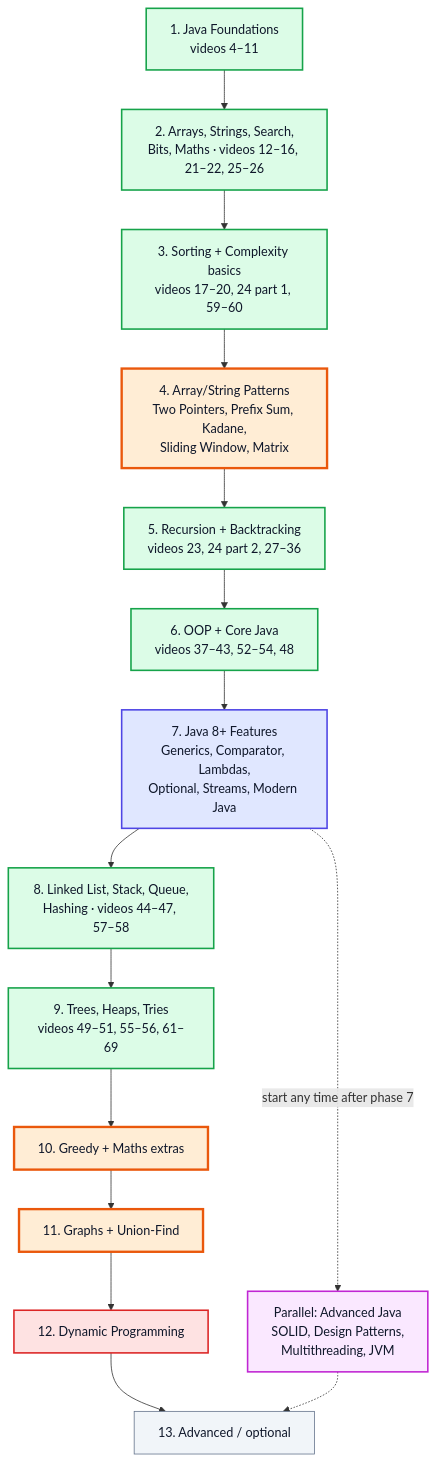
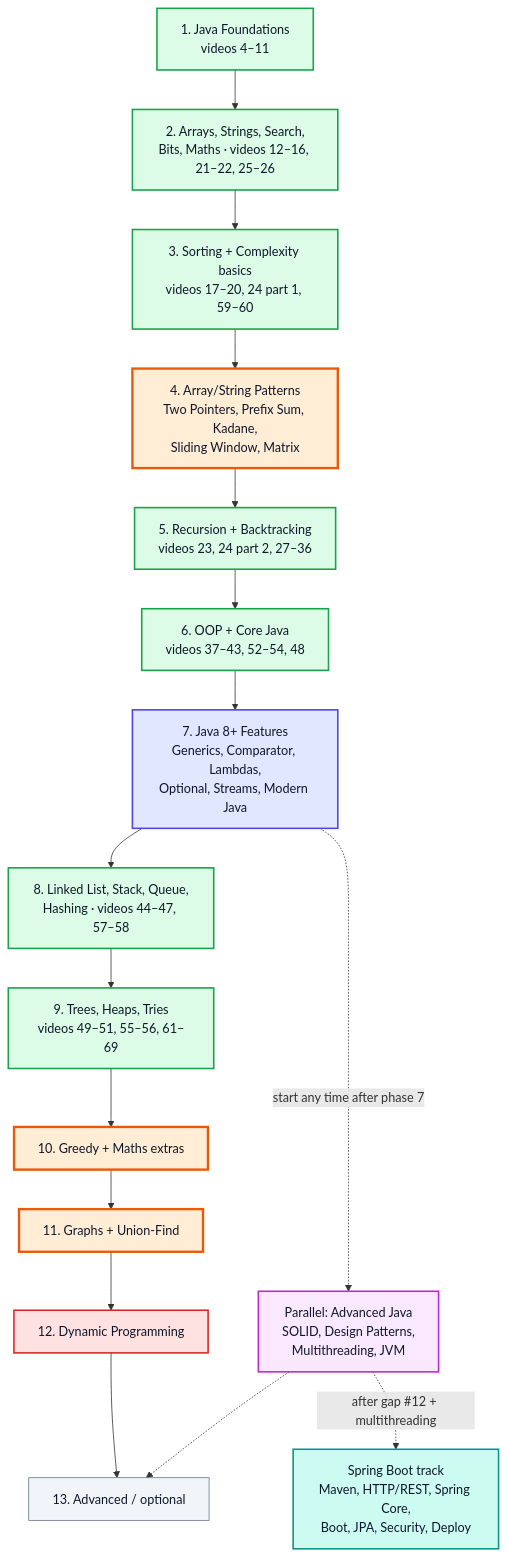
One commit to sarthakm10/Java_Notes_Kunal_DSA_PlayList changed the first of 3 diagrams in java_dsa_study_roadmap.md. Above: the diagram before and after it, drawn with Mermaid. The commit also changed other lines of this file and 658 other files, not shown here.

Commit message:
added SpringBoot

````diff
--- a/java_dsa_study_roadmap.md
+++ b/java_dsa_study_roadmap.md
@@ -44,23 +45,25 @@
 ```mermaid
 flowchart TD
     P1["1. Java Foundations<br/>videos 4–11"]:::good --> P2["2. Arrays, Strings, Search,<br/>Bits, Maths · videos 12–16, 21–22, 25–26"]:::good
     P2 --> P3["3. Sorting + Complexity basics<br/>videos 17–20, 24 part 1, 59–60"]:::good
     P3 --> P4["4. Array/String Patterns<br/>Two Pointers, Prefix Sum, Kadane,<br/>Sliding Window, Matrix"]:::highlight
     P4 --> P5["5. Recursion + Backtracking<br/>videos 23, 24 part 2, 27–36"]:::good
     P5 --> P6["6. OOP + Core Java<br/>videos 37–43, 52–54, 48"]:::good
     P6 --> P7["7. Java 8+ Features<br/>Generics, Comparator, Lambdas,<br/>Optional, Streams, Modern Java"]:::process
     P7 --> P8["8. Linked List, Stack, Queue,<br/>Hashing · videos 44–47, 57–58"]:::good
     P8 --> P9["9. Trees, Heaps, Tries<br/>videos 49–51, 55–56, 61–69"]:::good
     P9 --> P10["10. Greedy + Maths extras"]:::highlight
     P10 --> P11["11. Graphs + Union-Find"]:::highlight
     P11 --> P12["12. Dynamic Programming"]:::bad
     P12 --> P13["13. Advanced / optional"]:::muted
     P7 -.->|"start any time after phase 7"| PJ["Parallel: Advanced Java<br/>SOLID, Design Patterns,<br/>Multithreading, JVM"]:::io
     PJ -.-> P13
+    PJ -.->|"after gap #12 + multithreading"| PS["Spring Boot track<br/>Maven, HTTP/REST, Spring Core,<br/>Boot, JPA, Security, Deploy"]:::startend
+    classDef startend fill:#ccfbf1,stroke:#0d9488,stroke-width:2px,color:#0f172a
     classDef good fill:#dcfce7,stroke:#16a34a,stroke-width:2px,color:#0f172a
     classDef highlight fill:#ffedd5,stroke:#ea580c,stroke-width:3px,color:#0f172a
     classDef process fill:#e0e7ff,stroke:#4f46e5,stroke-width:2px,color:#0f172a
     classDef bad fill:#fee2e2,stroke:#dc2626,stroke-width:2px,color:#0f172a
     classDef muted fill:#f1f5f9,stroke:#64748b,stroke-width:1px,color:#0f172a
     classDef io fill:#fae8ff,stroke:#c026d3,stroke-width:2px,color:#0f172a
 ```
````
